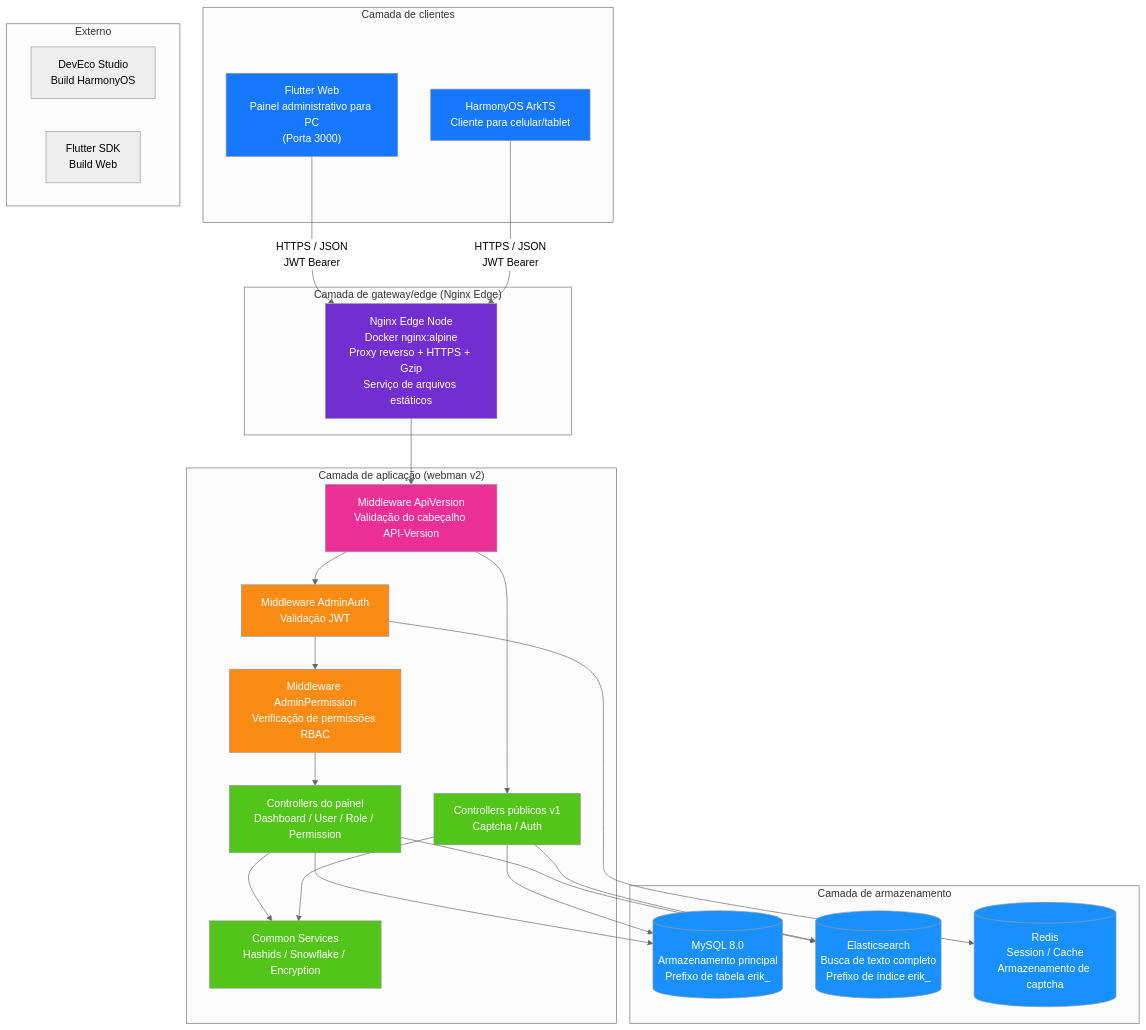
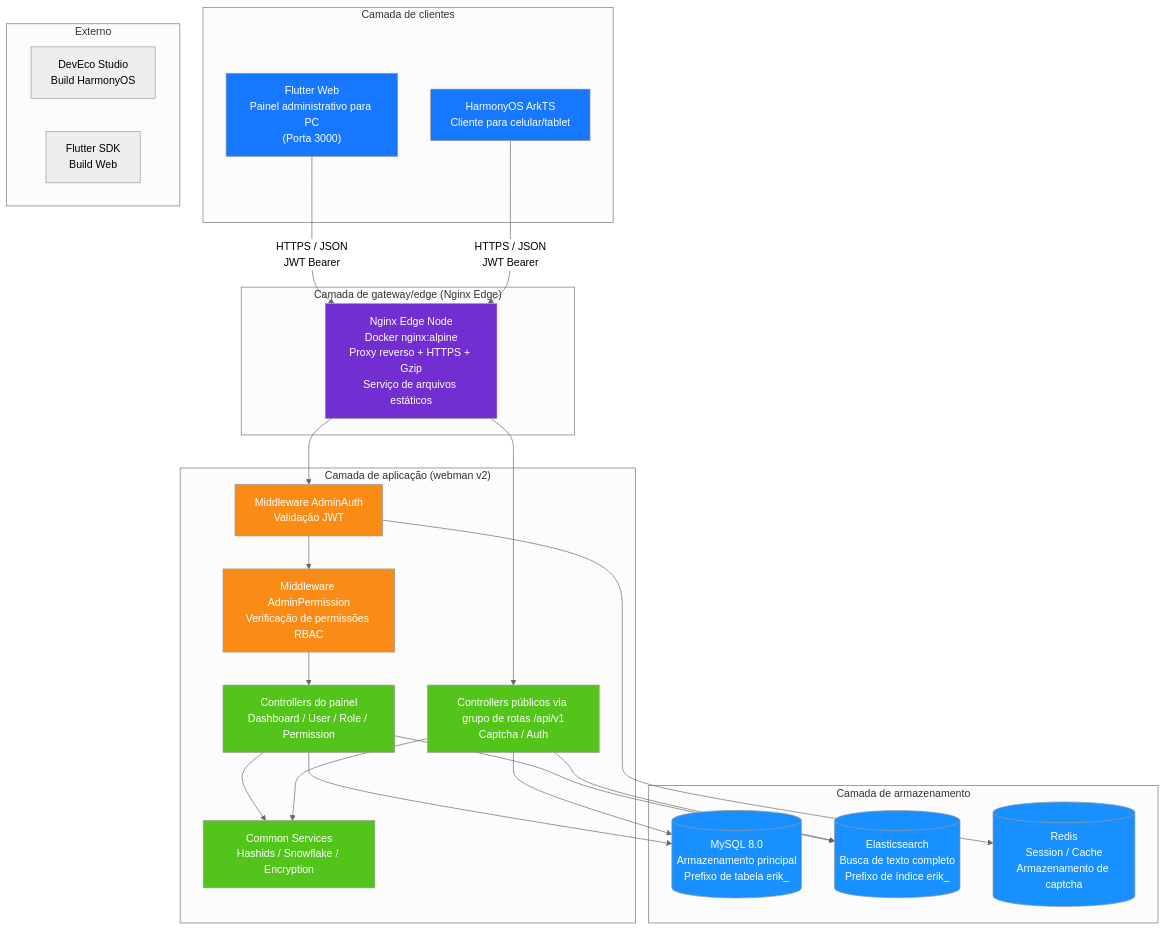
Before and after one commit to erikwang2013/open-admin: the first of 14 diagrams in docs/ARCHITECTURE.pt.md, drawn with Mermaid (neutral theme). The commit also changed other lines of this file and 115 other files, not shown here.

First line of the commit message:
功能：新增项目宠物「小安」、站点首页与手写 SVG 设计图集；全部文档对齐代码

````diff
--- a/docs/ARCHITECTURE.pt.md
+++ b/docs/ARCHITECTURE.pt.md
@@ -13,59 +15,56 @@
 ```mermaid
 flowchart TB
     subgraph "Camada de clientes"
         A1["Flutter Web<br/>Painel administrativo para PC<br/>(Porta 3000)"]
         A2["HarmonyOS ArkTS<br/>Cliente para celular/tablet"]
     end
 
     subgraph "Camada de gateway/edge (Nginx Edge)"
         B1["Nginx Edge Node<br/>Docker nginx:alpine<br/>Proxy reverso + HTTPS + Gzip<br/>Serviço de arquivos estáticos"]
     end
 
     subgraph "Camada de aplicação (webman v2)"
-        C0["Middleware ApiVersion<br/>Validação do cabeçalho API-Version"]
         C1["Middleware AdminAuth<br/>Validação JWT"]
         C2["Middleware AdminPermission<br/>Verificação de permissões RBAC"]
         C3["Controllers do painel<br/>Dashboard / User / Role / Permission"]
-        C4["Controllers públicos v1<br/>Captcha / Auth"]
+        C4["Controllers públicos via grupo de rotas /api/v1<br/>Captcha / Auth"]
         C5["Common Services<br/>Hashids / Snowflake / Encryption"]
     end
 
     subgraph "Camada de armazenamento"
         D1[("MySQL 8.0<br/>Armazenamento principal<br/>Prefixo de tabela erik_")]
         D2[("Elasticsearch<br/>Busca de texto completo<br/>Prefixo de índice erik_")]
         D3[("Redis<br/>Session / Cache<br/>Armazenamento de captcha")]
     end
 
     subgraph "Externo"
         E1["DevEco Studio<br/>Build HarmonyOS"]
         E2["Flutter SDK<br/>Build Web"]
     end
 
     A1 -->|"HTTPS / JSON<br/>JWT Bearer"| B1
     A2 -->|"HTTPS / JSON<br/>JWT Bearer"| B1
-    B1 --> C0
-    C0 --> C1
+    B1 --> C1
     C1 --> C2
     C2 --> C3
-    C0 --> C4
+    B1 --> C4
     C3 --> C5
     C4 --> C5
     C3 --> D1
     C4 --> D1
     C3 --> D2
     C4 --> D2
     C1 --> D3
 
     style A1 fill:#1677FF,color:#fff
     style A2 fill:#1677FF,color:#fff
     style B1 fill:#722ED1,color:#fff
-    style C0 fill:#EB2F96,color:#fff
     style C1 fill:#FA8C16,color:#fff
     style C2 fill:#FA8C16,color:#fff
     style C3 fill:#52C41A,color:#fff
     style C4 fill:#52C41A,color:#fff
     style C5 fill:#52C41A,color:#fff
     style D1 fill:#1890FF,color:#fff
     style D2 fill:#1890FF,color:#fff
     style D3 fill:#1890FF,color:#fff
 ```
````
